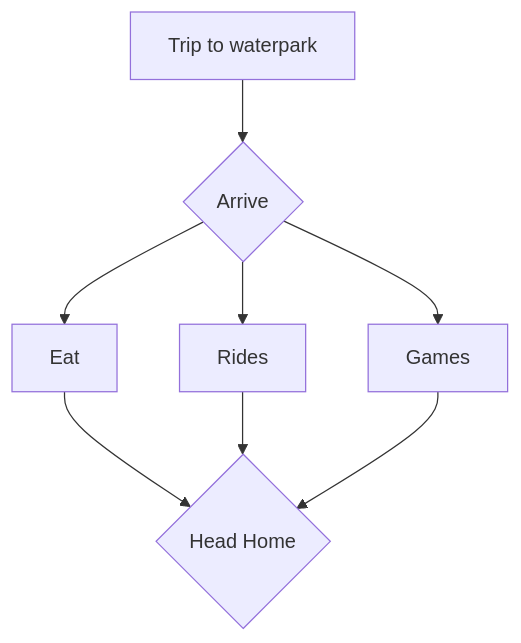
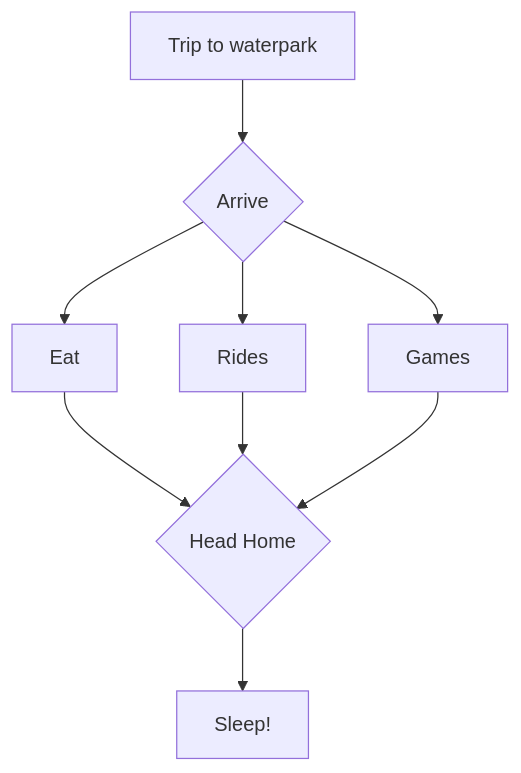
Before and after one commit to SMahabeer1/smahabeer1.github.io: the diagram in Diagram.md, drawn with Mermaid.

````diff
--- a/Diagram.md
+++ b/Diagram.md
@@ -1,12 +1,13 @@
 ```mermaid
 flowchart TD
  A[Trip to waterpark]-->B{Arrive}
  B-->C[Eat]
  B-->D[Rides]
  B-->E[Games]
  C-->F{Head Home}
  D-->F
  E-->F
+ F-->G[Sleep!]
  
 
 ```
````
